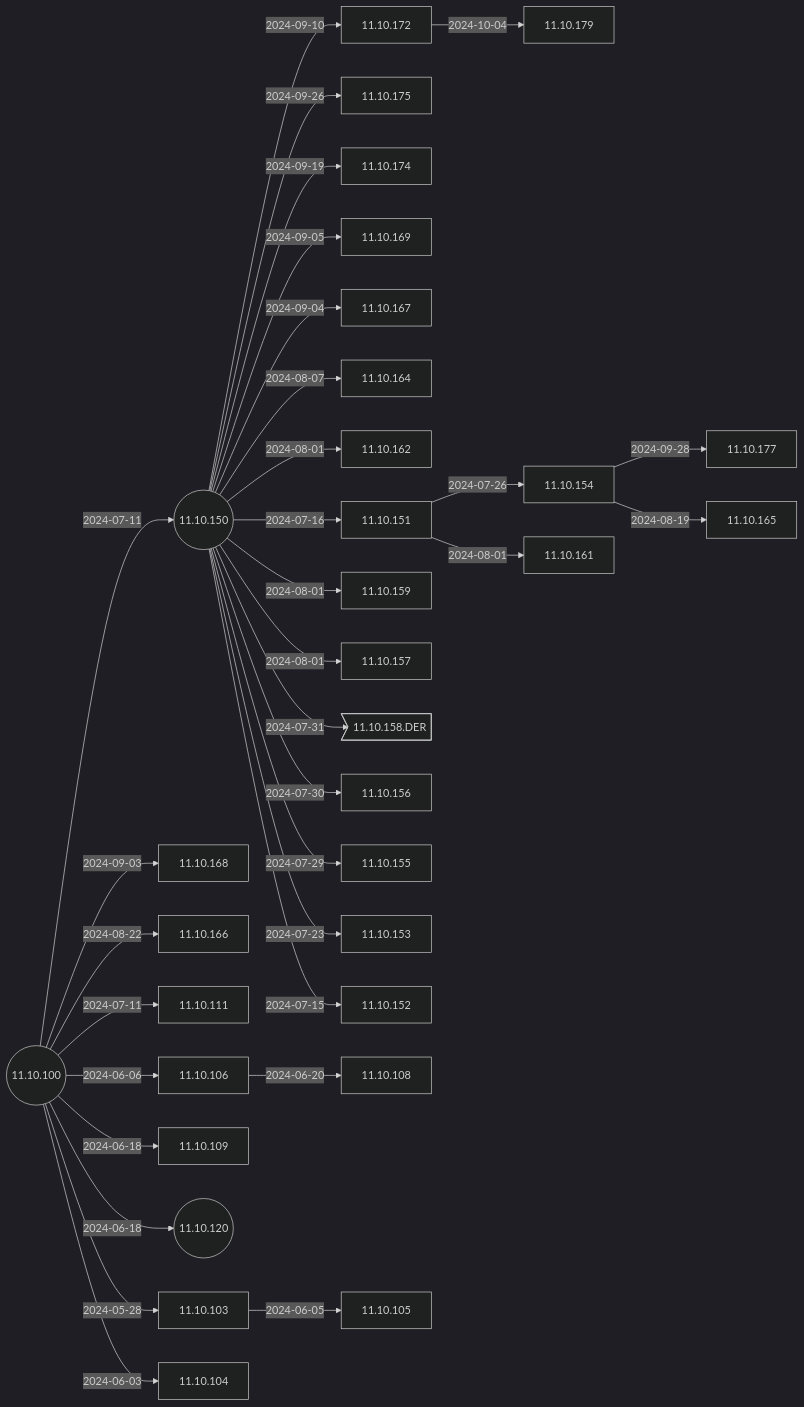
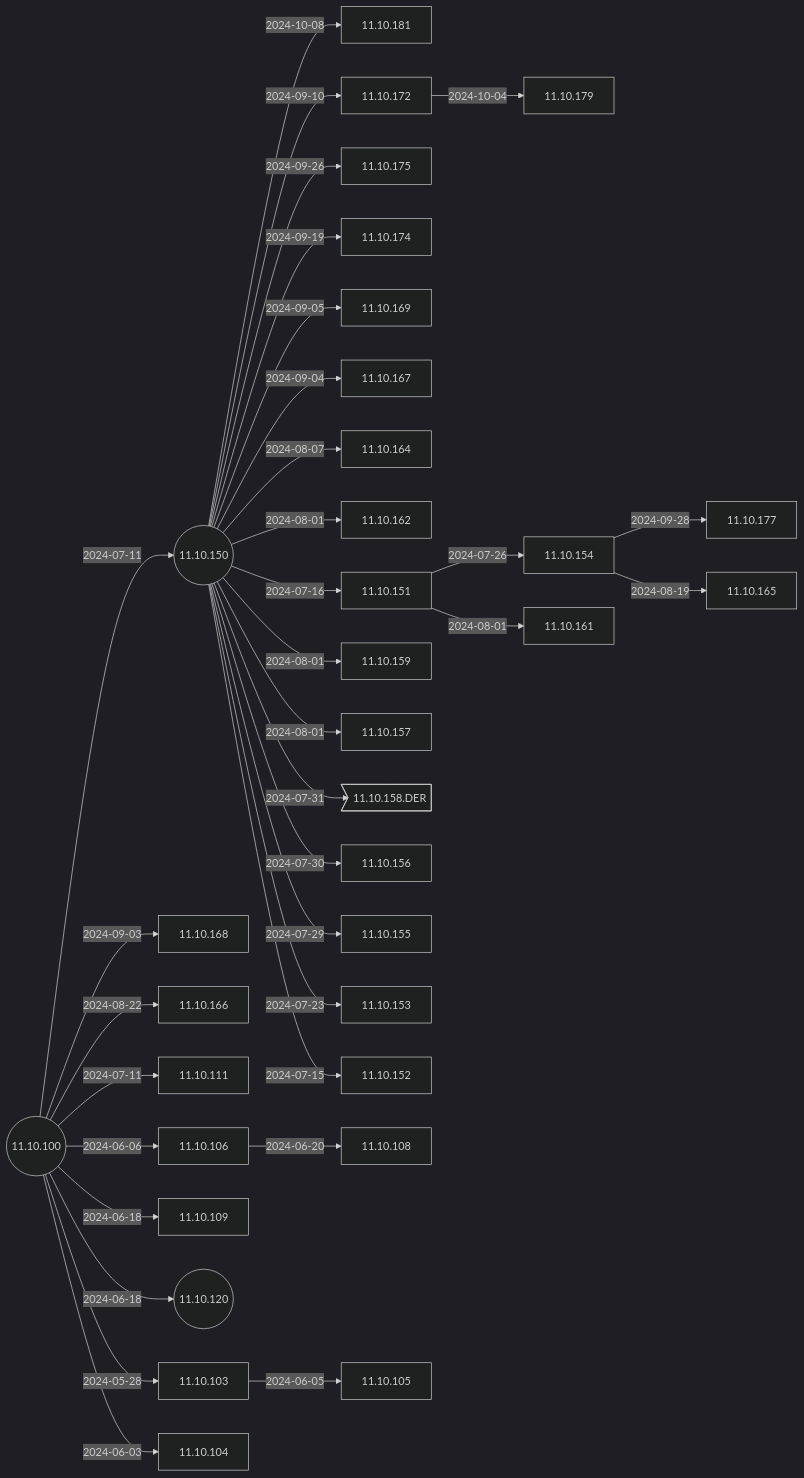
One commit to IGEL-Community/IGEL-Docs-v02 changed the second of 6 diagrams in docs/Docs/ReleaseNotes/01-OS11/README.md. Above: the diagram before and after it, drawn with Mermaid (dark theme). The commit also changed 2 other files, not shown here.

Commit message:
11.10.181 < 11.10.150 11.10.181 < 11.10.150

````diff
--- a/docs/Docs/ReleaseNotes/01-OS11/README.md
+++ b/docs/Docs/ReleaseNotes/01-OS11/README.md
@@ -41,67 +41,69 @@
 ```mermaid
 flowchart LR
+    11.10.150-- 2024-10-08 -->11.10.181
     11.10.172-- 2024-10-04 -->11.10.179
     11.10.154-- 2024-09-28 -->11.10.177
     11.10.150-- 2024-09-26 -->11.10.175
     11.10.150-- 2024-09-19 -->11.10.174
     11.10.150-- 2024-09-10 -->11.10.172
     11.10.150-- 2024-09-05 -->11.10.169
     11.10.150-- 2024-09-04 -->11.10.167
     11.10.100-- 2024-09-03 -->11.10.168
     11.10.100-- 2024-08-22 -->11.10.166
     11.10.154-- 2024-08-19 -->11.10.165
     11.10.150-- 2024-08-07 -->11.10.164
     11.10.150-- 2024-08-01 -->11.10.162
     11.10.151-- 2024-08-01 -->11.10.161
     11.10.150-- 2024-08-01 -->11.10.159
     11.10.150-- 2024-08-01 -->11.10.157
     11.10.150-- 2024-07-31 -->11.10.158.DER>11.10.158.DER]
     11.10.150-- 2024-07-30 -->11.10.156
     11.10.150-- 2024-07-29 -->11.10.155
     11.10.151-- 2024-07-26 -->11.10.154
     11.10.150-- 2024-07-23 -->11.10.153
     11.10.150-- 2024-07-16 -->11.10.151
     11.10.150-- 2024-07-15 -->11.10.152
     11.10.100-- 2024-07-11 -->11.10.150((11.10.150))
     11.10.100-- 2024-07-11 -->11.10.111
     11.10.106-- 2024-06-20 -->11.10.108
     11.10.100-- 2024-06-18 -->11.10.109
     11.10.100-- 2024-06-18 -->11.10.120((11.10.120))
     11.10.100-- 2024-06-06 -->11.10.106
     11.10.103-- 2024-06-05 -->11.10.105
     11.10.100-- 2024-06-03 -->11.10.104
     11.10.100-- 2024-05-28 -->11.10.103
     11.10.100((11.10.100))
+    click 11.10.181 "https://github.com/IGEL-Community/IGEL-Docs-v02/tree/main/docs/Docs/ReleaseNotes/01-OS11/readme11.10.181.txt" _blank
     click 11.10.179 "https://github.com/IGEL-Community/IGEL-Docs-v02/tree/main/docs/Docs/ReleaseNotes/01-OS11/readme11.10.179.txt" _blank
     click 11.10.177 "https://github.com/IGEL-Community/IGEL-Docs-v02/tree/main/docs/Docs/ReleaseNotes/01-OS11/readme11.10.177.txt" _blank
     click 11.10.175 "https://github.com/IGEL-Community/IGEL-Docs-v02/tree/main/docs/Docs/ReleaseNotes/01-OS11/readme11.10.175.txt" _blank
     click 11.10.174 "https://github.com/IGEL-Community/IGEL-Docs-v02/tree/main/docs/Docs/ReleaseNotes/01-OS11/readme11.10.174.txt" _blank
     click 11.10.172 "https://github.com/IGEL-Community/IGEL-Docs-v02/tree/main/docs/Docs/ReleaseNotes/01-OS11/readme11.10.172.txt" _blank
     click 11.10.169 "https://github.com/IGEL-Community/IGEL-Docs-v02/tree/main/docs/Docs/ReleaseNotes/01-OS11/readme11.10.169.txt" _blank
     click 11.10.167 "https://github.com/IGEL-Community/IGEL-Docs-v02/tree/main/docs/Docs/ReleaseNotes/01-OS11/readme11.10.167.txt" _blank
     click 11.10.168 "https://github.com/IGEL-Community/IGEL-Docs-v02/tree/main/docs/Docs/ReleaseNotes/01-OS11/readme11.10.168.txt" _blank
     click 11.10.166 "https://github.com/IGEL-Community/IGEL-Docs-v02/tree/main/docs/Docs/ReleaseNotes/01-OS11/readme11.10.166.txt" _blank
     click 11.10.165 "https://github.com/IGEL-Community/IGEL-Docs-v02/tree/main/docs/Docs/ReleaseNotes/01-OS11/readme11.10.165.txt" _blank
     click 11.10.164 "https://github.com/IGEL-Community/IGEL-Docs-v02/tree/main/docs/Docs/ReleaseNotes/01-OS11/readme11.10.164.txt" _blank
     click 11.10.162 "https://github.com/IGEL-Community/IGEL-Docs-v02/tree/main/docs/Docs/ReleaseNotes/01-OS11/readme11.10.162.txt" _blank
     click 11.10.161 "https://github.com/IGEL-Community/IGEL-Docs-v02/tree/main/docs/Docs/ReleaseNotes/01-OS11/readme11.10.161.txt" _blank
     click 11.10.159 "https://github.com/IGEL-Community/IGEL-Docs-v02/tree/main/docs/Docs/ReleaseNotes/01-OS11/readme11.10.159.txt" _blank
     click 11.10.157 "https://github.com/IGEL-Community/IGEL-Docs-v02/tree/main/docs/Docs/ReleaseNotes/01-OS11/readme11.10.157.txt" _blank
     click 11.10.158.DER "https://github.com/IGEL-Community/IGEL-Docs-v02/tree/main/docs/Docs/ReleaseNotes/01-OS11/readme11.10.158.DER.txt" _blank
     click 11.10.156 "https://github.com/IGEL-Community/IGEL-Docs-v02/tree/main/docs/Docs/ReleaseNotes/01-OS11/readme11.10.156.txt" _blank
     click 11.10.155 "https://github.com/IGEL-Community/IGEL-Docs-v02/tree/main/docs/Docs/ReleaseNotes/01-OS11/readme11.10.155.txt" _blank
     click 11.10.154 "https://github.com/IGEL-Community/IGEL-Docs-v02/tree/main/docs/Docs/ReleaseNotes/01-OS11/readme11.10.154.txt" _blank
     click 11.10.153 "https://github.com/IGEL-Community/IGEL-Docs-v02/tree/main/docs/Docs/ReleaseNotes/01-OS11/readme11.10.153.txt" _blank
     click 11.10.151 "https://github.com/IGEL-Community/IGEL-Docs-v02/tree/main/docs/Docs/ReleaseNotes/01-OS11/readme11.10.151.txt" _blank
     click 11.10.152 "https://github.com/IGEL-Community/IGEL-Docs-v02/tree/main/docs/Docs/ReleaseNotes/01-OS11/readme11.10.152.txt" _blank
     click 11.10.111 "https://github.com/IGEL-Community/IGEL-Docs-v02/tree/main/docs/Docs/ReleaseNotes/01-OS11/readme11.10.111.txt" _blank
     click 11.10.150 "https://github.com/IGEL-Community/IGEL-Docs-v02/tree/main/docs/Docs/ReleaseNotes/01-OS11/readme11.10.150.txt" _blank
     click 11.10.108 "https://github.com/IGEL-Community/IGEL-Docs-v02/tree/main/docs/Docs/ReleaseNotes/01-OS11/readme11.10.108.txt" _blank
     click 11.10.109 "https://github.com/IGEL-Community/IGEL-Docs-v02/tree/main/docs/Docs/ReleaseNotes/01-OS11/readme11.10.109.txt" _blank
     click 11.10.120 "https://github.com/IGEL-Community/IGEL-Docs-v02/tree/main/docs/Docs/ReleaseNotes/01-OS11/readme11.10.120.txt" _blank
     click 11.10.106 "https://github.com/IGEL-Community/IGEL-Docs-v02/tree/main/docs/Docs/ReleaseNotes/01-OS11/readme11.10.106.txt" _blank
     click 11.10.105 "https://github.com/IGEL-Community/IGEL-Docs-v02/tree/main/docs/Docs/ReleaseNotes/01-OS11/readme11.10.105.txt" _blank
     click 11.10.104 "https://github.com/IGEL-Community/IGEL-Docs-v02/tree/main/docs/Docs/ReleaseNotes/01-OS11/readme11.10.104.txt" _blank
     click 11.10.103 "https://github.com/IGEL-Community/IGEL-Docs-v02/tree/main/docs/Docs/ReleaseNotes/01-OS11/readme11.10.103.txt" _blank
     click 11.10.100 "https://github.com/IGEL-Community/IGEL-Docs-v02/tree/main/docs/Docs/ReleaseNotes/01-OS11/readme11.10.100.txt" _blank
 ```
````
